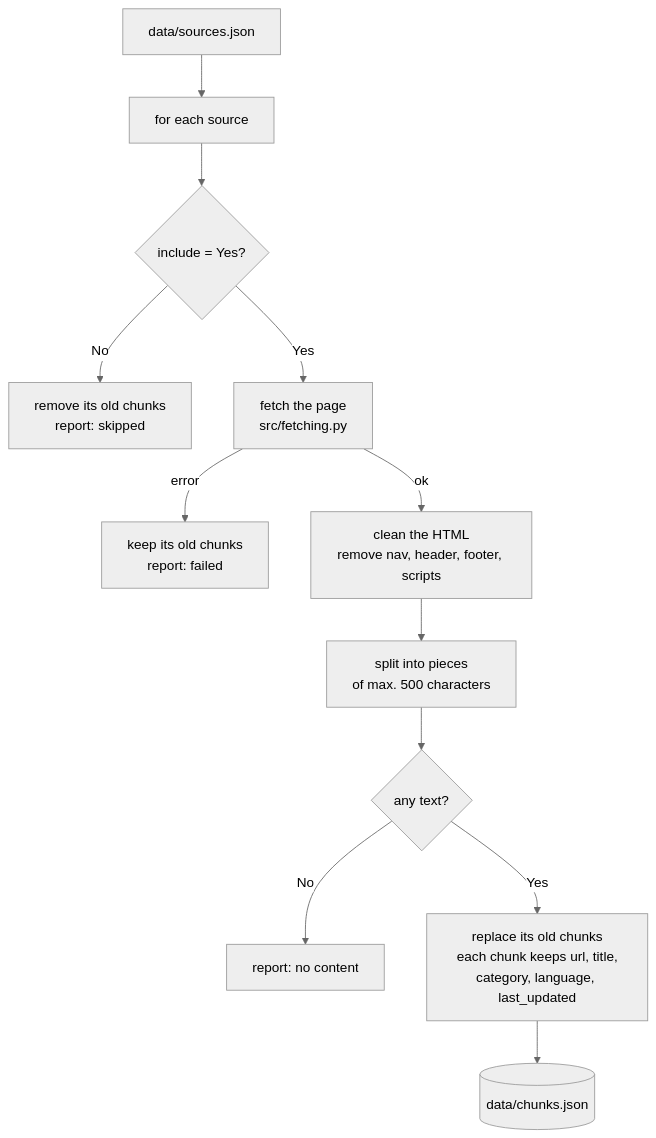
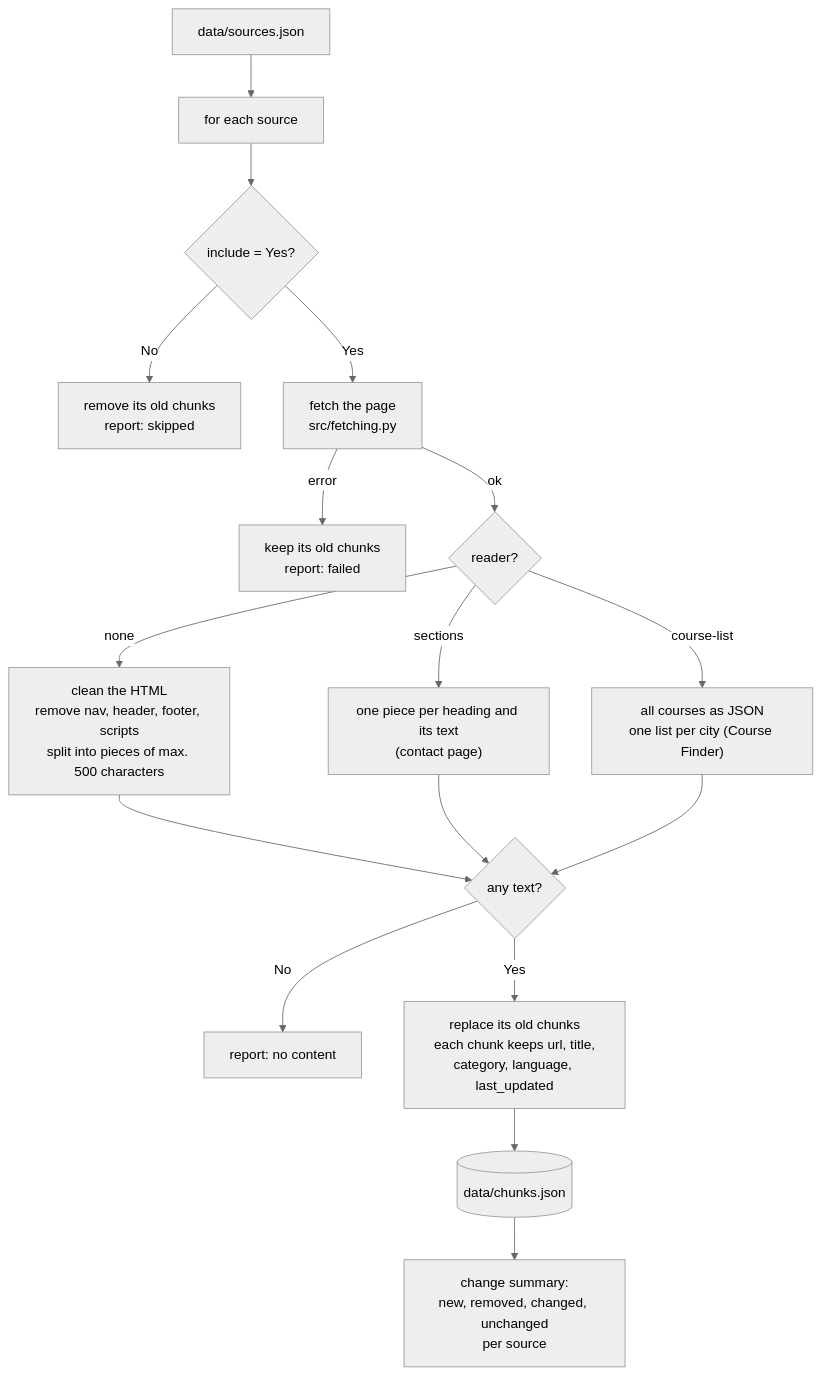
The second of 3 diagrams in docs/how_it_works.md (ShiriSalman/ReDi-Chatbot), drawn with Mermaid (neutral theme) before and after one commit. The commit also changed other lines of this file and 10 other files, not shown here.

````diff
--- a/docs/how_it_works.md
+++ b/docs/how_it_works.md
@@ -37,14 +37,19 @@
 ```mermaid
 flowchart TD
     Start["data/sources.json"] --> Each["for each source"]
     Each --> Inc{"include = Yes?"}
     Inc -->|No| Drop["remove its old chunks<br/>report: skipped"]
     Inc -->|Yes| Fetch["fetch the page<br/>src/fetching.py"]
     Fetch -->|error| Keep["keep its old chunks<br/>report: failed"]
-    Fetch -->|ok| Clean["clean the HTML<br/>remove nav, header, footer, scripts"]
-    Clean --> Chunk["split into pieces<br/>of max. 500 characters"]
-    Chunk --> Empty{"any text?"}
+    Fetch -->|ok| Reader{"reader?"}
+    Reader -->|none| Clean["clean the HTML<br/>remove nav, header, footer, scripts<br/>split into pieces of max. 500 characters"]
+    Reader -->|sections| Sections["one piece per heading and its text<br/>(contact page)"]
+    Reader -->|course-list| Courses["all courses as JSON<br/>one list per city (Course Finder)"]
+    Clean --> Empty{"any text?"}
+    Sections --> Empty
+    Courses --> Empty
     Empty -->|No| NoContent["report: no content"]
     Empty -->|Yes| Save["replace its old chunks<br/>each chunk keeps url, title,<br/>category, language, last_updated"]
     Save --> Out[("data/chunks.json")]
+    Out --> Changes["change summary:<br/>new, removed, changed, unchanged<br/>per source"]
 ```
````
